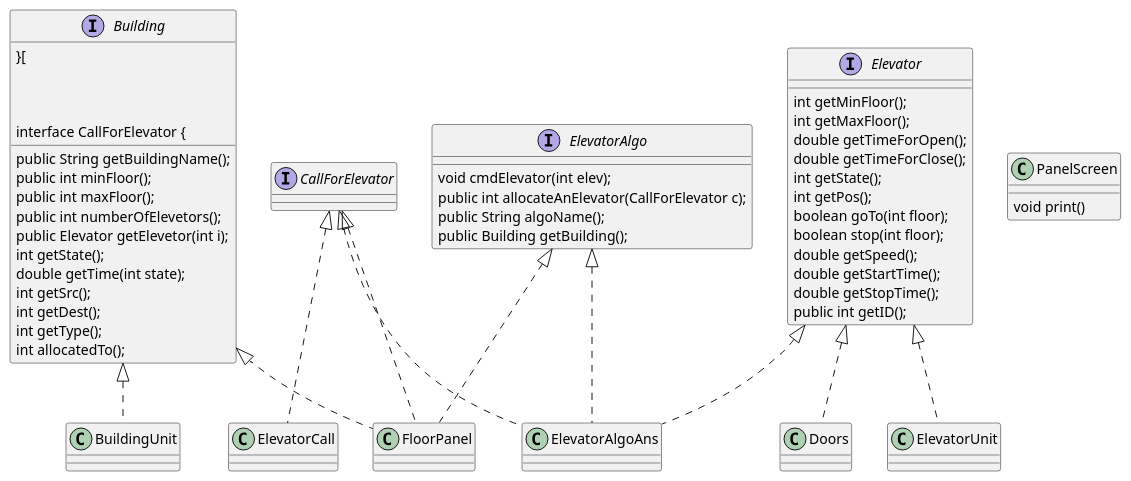
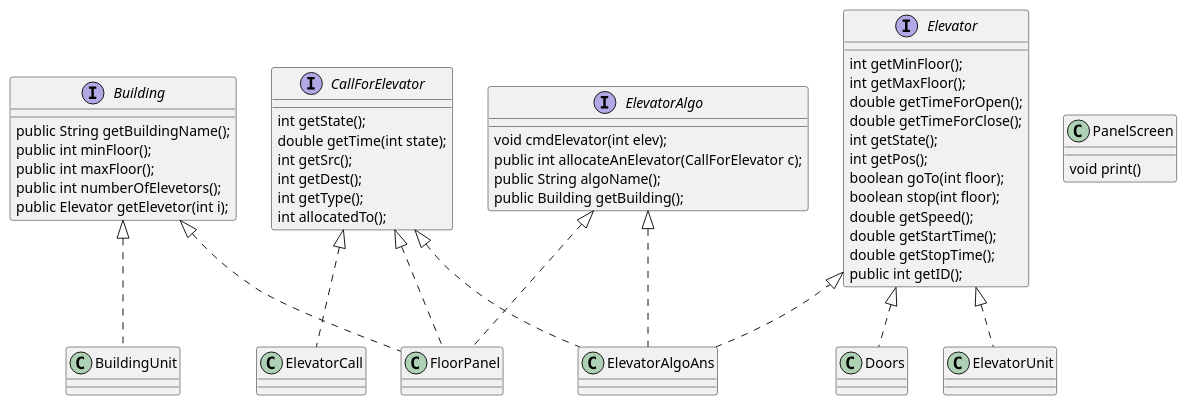
One commit to BenZeltser/OOP_EX_0 changed the diagram in Assignments/Ex0/src/ex0/algo/UML.puml. Above: the diagram before and after it, drawn with PlantUML. The commit also changed 27 other files, not shown here.

```diff
--- a/Assignments/Ex0/src/ex0/algo/UML.puml
+++ b/Assignments/Ex0/src/ex0/algo/UML.puml
@@ -1,61 +1,60 @@
 @startuml
 
 interface Building {
     public String getBuildingName();
     public int minFloor();
     public int maxFloor();
     public int numberOfElevetors();
     public Elevator getElevetor(int i);
 
-}[
+}
 
 
 
 interface CallForElevator {
-     int getState();
-     double getTime(int state);
-     int getSrc();
-     int getDest();
-     int getType();
-     int allocatedTo();
-
+         int getState();
+         double getTime(int state);
+         int getSrc();
+         int getDest();
+         int getType();
+         int allocatedTo();
 }
 
 
 interface Elevator {
 int getMinFloor();
 int getMaxFloor();
 double getTimeForOpen();
 double getTimeForClose();
 int getState();
 int getPos();
 boolean goTo(int floor);
 boolean stop(int floor);
 double getSpeed();
 double getStartTime();
 double getStopTime();
 public int getID();
 }
 
 
 interface ElevatorAlgo {
 void cmdElevator(int elev);
 public int allocateAnElevator(CallForElevator c);
 public String algoName();
 public Building getBuilding();
 
 }
 
 
 
 
 class BuildingUnit implements Building
 class Doors implements Elevator
 class ElevatorAlgoAns implements ElevatorAlgo, Elevator, CallForElevator
 class ElevatorCall implements CallForElevator
 class ElevatorUnit implements Elevator
 class FloorPanel implements Building, ElevatorAlgo, CallForElevator
 class PanelScreen {
  void print()
  }
 @enduml
```
